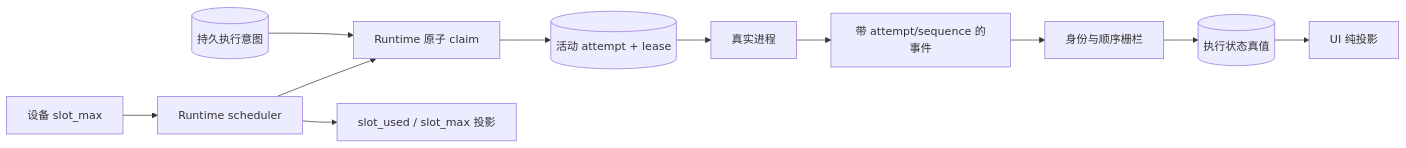
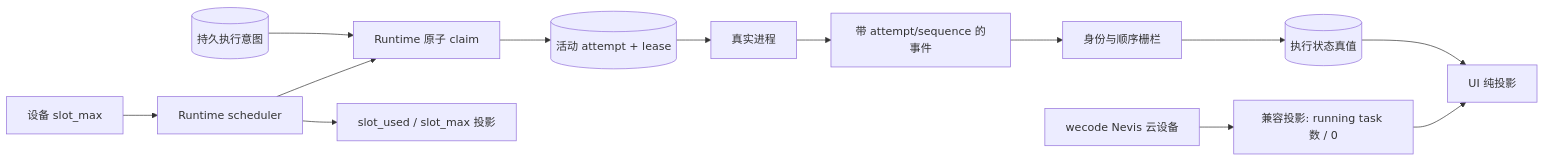
One commit to wecode-ai/Wegent changed the first of 2 diagrams in docs/zh/architecture/project-execution-state.md. Above: the diagram before and after it, drawn with Mermaid. The commit also changed other lines of this file and 7 other files, not shown here.

````diff
--- a/docs/zh/architecture/project-execution-state.md
+++ b/docs/zh/architecture/project-execution-state.md
@@ -9,13 +9,15 @@
 ```mermaid
 flowchart LR
     INTENT[(持久执行意图)] --> CLAIM[Runtime 原子 claim]
     CLAIM --> ACTIVE[(活动 attempt + lease)]
     ACTIVE --> PROCESS[真实进程]
     PROCESS --> EVENT[带 attempt/sequence 的事件]
     EVENT --> FENCE[身份与顺序栅栏]
     FENCE --> TRUTH[(执行状态真值)]
     TRUTH --> VIEW[UI 纯投影]
     SETTINGS[设备 slot_max] --> SCHEDULER[Runtime scheduler]
     SCHEDULER --> CLAIM
     SCHEDULER --> CAPACITY[slot_used / slot_max 投影]
+    WECODE[wecode Nevis 云设备] --> LEGACY[兼容投影: running task 数 / 0]
+    LEGACY --> VIEW
 ```
````
